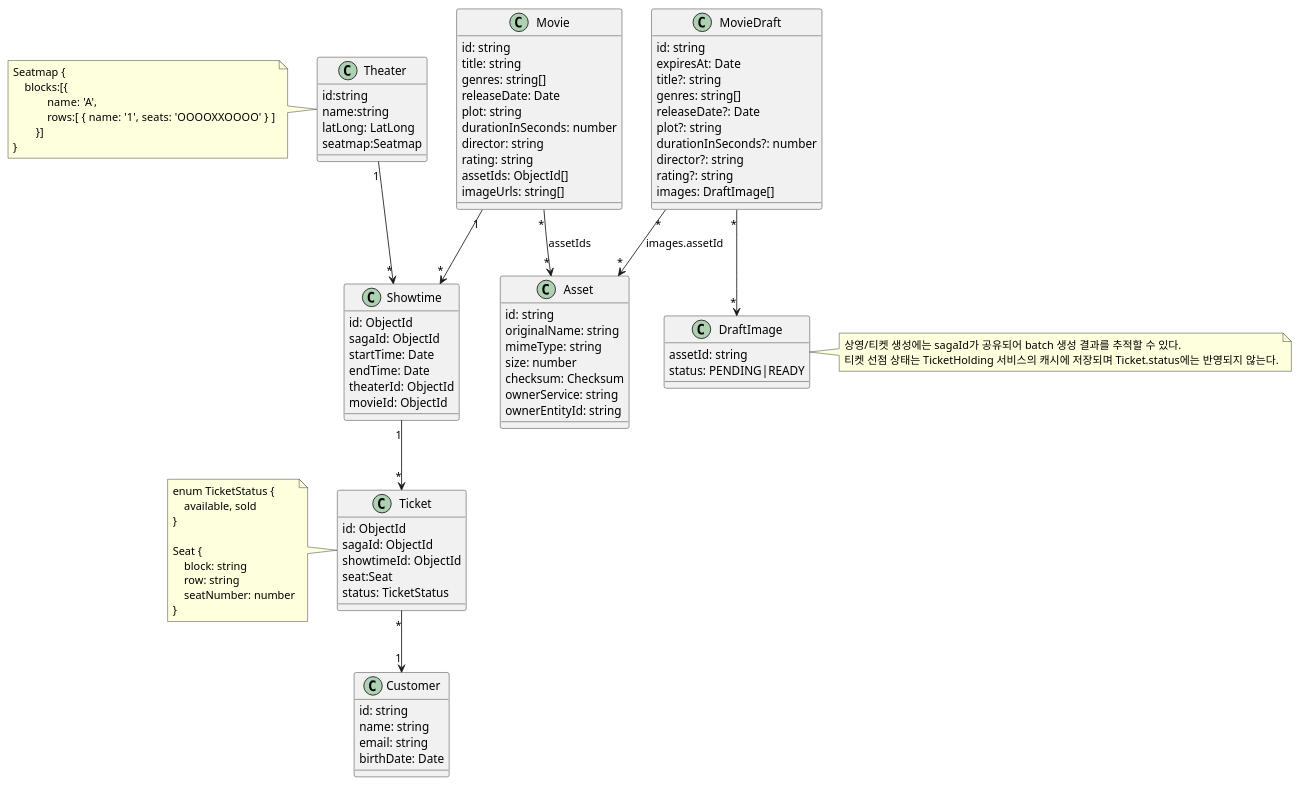
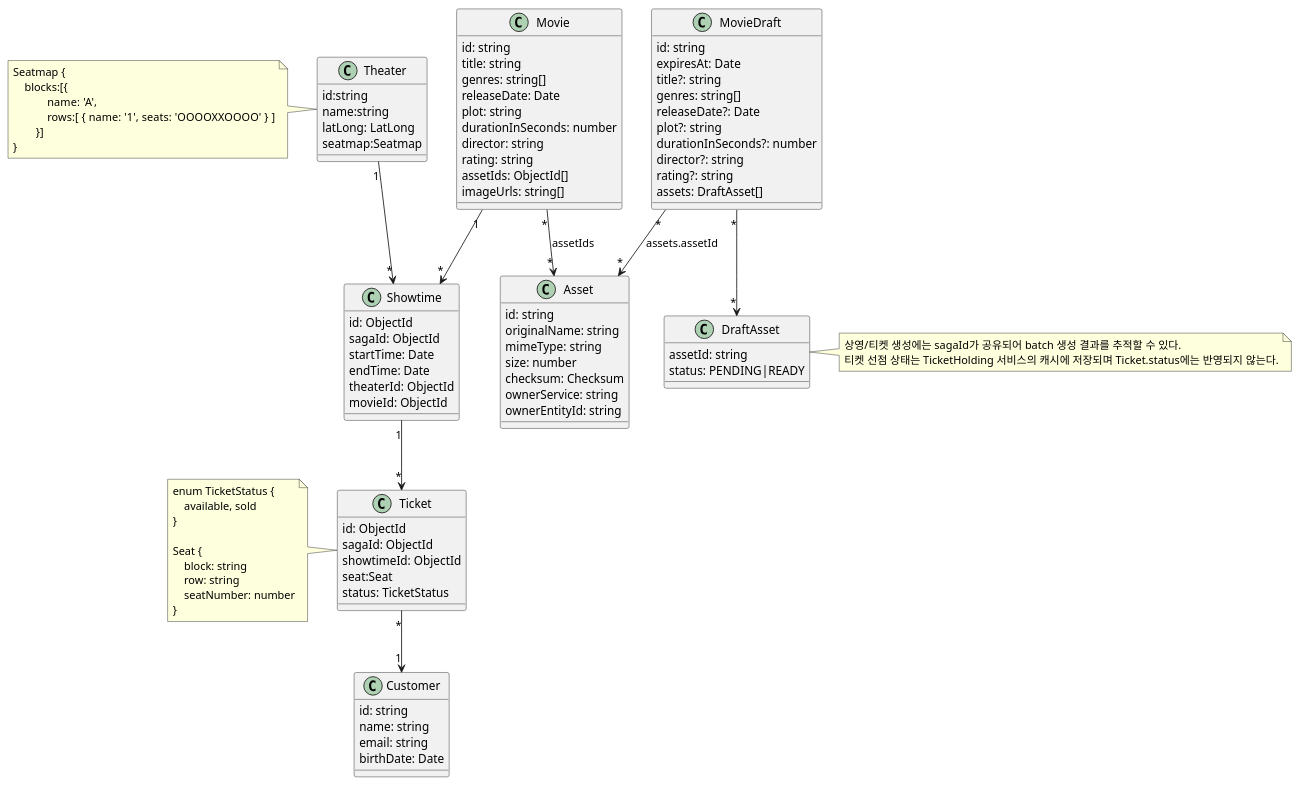
One commit to mannercode/nest-seed changed the diagram in docs/ko/designs/entities.md. Above: the diagram before and after it, drawn with PlantUML. The commit also changed 13 other files, not shown here.

```diff
--- a/docs/ko/designs/entities.md
+++ b/docs/ko/designs/entities.md
@@ -86,10 +86,10 @@
     durationInSeconds?: number
     director?: string
     rating?: string
-    images: DraftImage[]
+    assets: DraftAsset[]
 }
 
-class DraftImage {
+class DraftAsset {
     assetId: string
     status: PENDING|READY
 }
@@ -99,8 +99,8 @@
 Theater "1" --> "*" Showtime
 Ticket "*" --> "1" Customer
 Movie "*" --> "*" Asset : assetIds
-MovieDraft "*" --> "*" Asset : images.assetId
-MovieDraft "*" --> "*" DraftImage
+MovieDraft "*" --> "*" Asset : assets.assetId
+MovieDraft "*" --> "*" DraftAsset
 note right
 상영/티켓 생성에는 sagaId가 공유되어 batch 생성 결과를 추적할 수 있다.
 티켓 선점 상태는 TicketHolding 서비스의 캐시에 저장되며 Ticket.status에는 반영되지 않는다.
```
